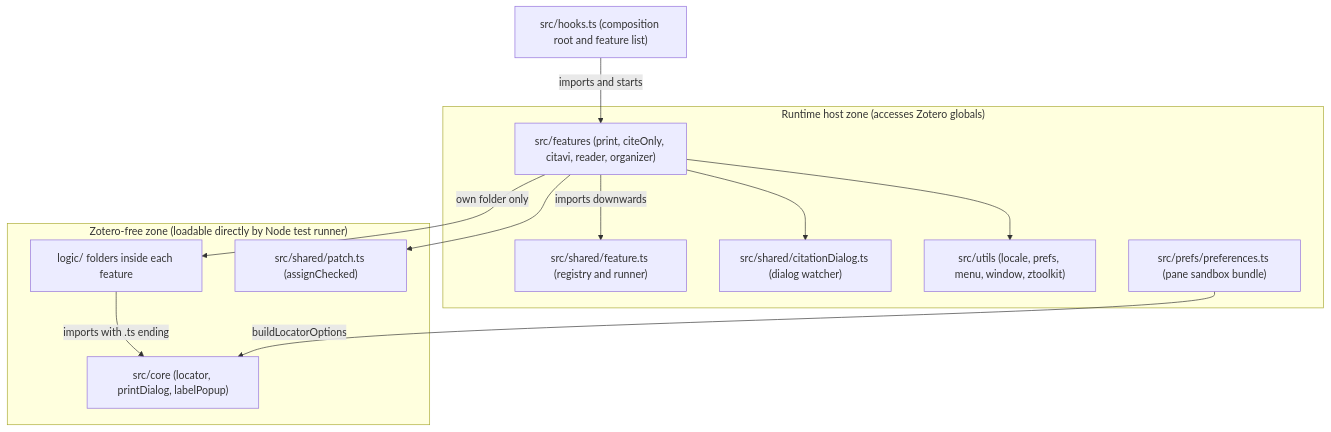
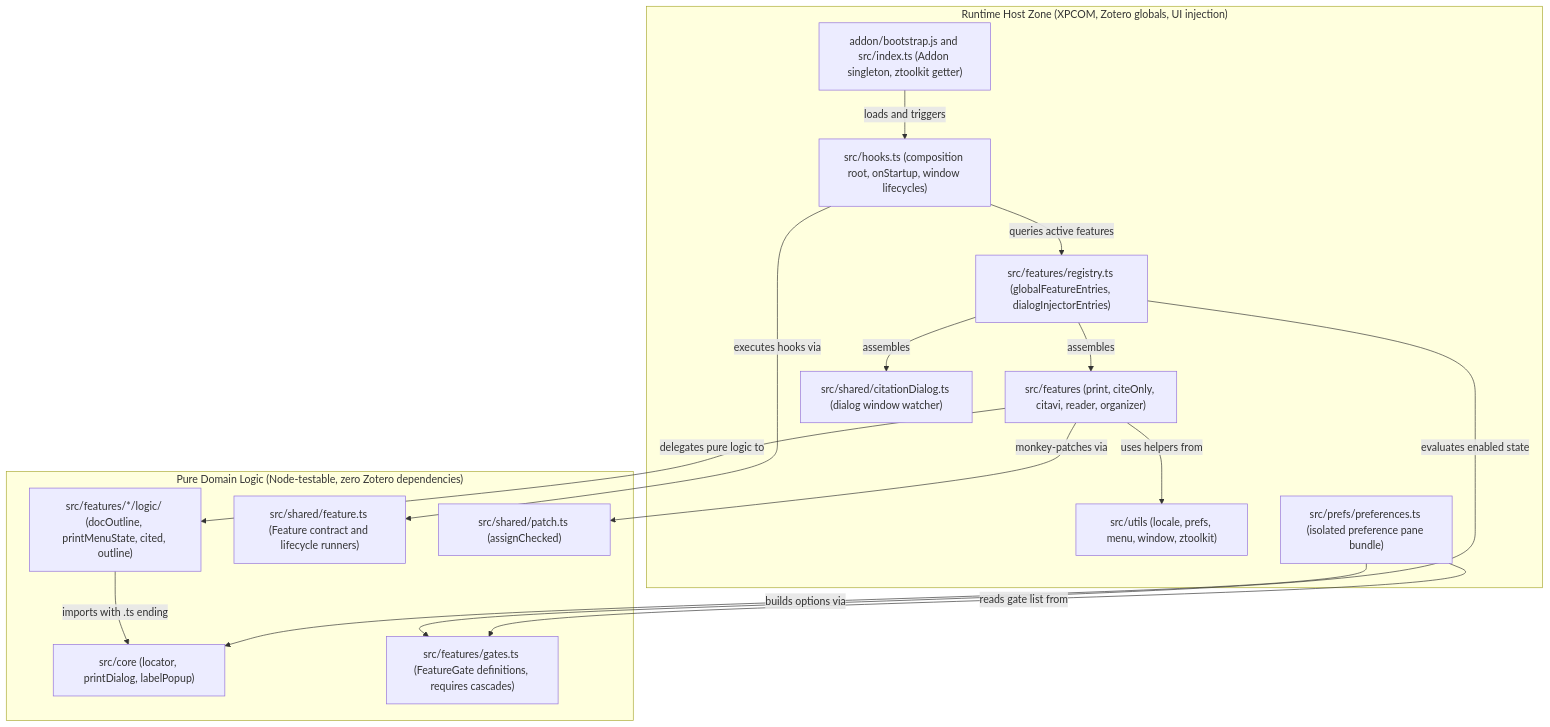
One commit to justanotherjurastudent/zotero_FlexAnnotate changed the first of 2 diagrams in openwiki/architecture/overview.md. Above: the diagram before and after it, drawn with Mermaid. The commit also changed other lines of this file and 38 other files, not shown here.

````diff
--- a/openwiki/architecture/overview.md
+++ b/openwiki/architecture/overview.md
@@ -85,23 +91,33 @@
 ```mermaid
 flowchart TD
-    subgraph pure["Zotero-free zone (loadable directly by Node test runner)"]
+    subgraph pure["Pure Domain Logic (Node-testable, zero Zotero dependencies)"]
         CORE["src/core (locator, printDialog, labelPopup)"]
-        LOGIC["logic/ folders inside each feature"]
-        PATCH["src/shared/patch.ts (assignChecked)"]
+        LOGIC["src/features/*/logic/ (docOutline, printMenuState, cited, outline)"]
+        GATES["src/features/gates.ts (FeatureGate definitions, requires cascades)"]
+        FEATURE_RUN["src/shared/feature.ts (Feature contract and lifecycle runners)"]
+        PATCH_UTIL["src/shared/patch.ts (assignChecked)"]
     end
-    subgraph host["Runtime host zone (accesses Zotero globals)"]
+
+    subgraph host["Runtime Host Zone (XPCOM, Zotero globals, UI injection)"]
+        REGISTRY["src/features/registry.ts (globalFeatureEntries, dialogInjectorEntries)"]
         FEAT["src/features (print, citeOnly, citavi, reader, organizer)"]
-        REG["src/shared/feature.ts (registry and runner)"]
-        WATCH["src/shared/citationDialog.ts (dialog watcher)"]
+        WATCH["src/shared/citationDialog.ts (dialog window watcher)"]
         UTILS["src/utils (locale, prefs, menu, window, ztoolkit)"]
-        PREFS["src/prefs/preferences.ts (pane sandbox bundle)"]
+        PREFS["src/prefs/preferences.ts (isolated preference pane bundle)"]
+        HOOKS["src/hooks.ts (composition root, onStartup, window lifecycles)"]
+        BOOTSTRAP["addon/bootstrap.js and src/index.ts (Addon singleton, ztoolkit getter)"]
     end
-    HOOKS["src/hooks.ts (composition root and feature list)"] -->|"imports and starts"| FEAT
-    FEAT -->|"imports downwards"| REG
-    FEAT --> WATCH
-    FEAT --> PATCH
-    FEAT --> UTILS
-    FEAT -->|"own folder only"| LOGIC
+
+    BOOTSTRAP -->|"loads and triggers"| HOOKS
+    HOOKS -->|"queries active features"| REGISTRY
+    REGISTRY -->|"evaluates enabled state"| GATES
+    REGISTRY -->|"assembles"| FEAT
+    REGISTRY -->|"assembles"| WATCH
+    HOOKS -->|"executes hooks via"| FEATURE_RUN
+    FEAT -->|"monkey-patches via"| PATCH_UTIL
+    FEAT -->|"delegates pure logic to"| LOGIC
+    FEAT -->|"uses helpers from"| UTILS
     LOGIC -->|"imports with .ts ending"| CORE
-    PREFS -->|"buildLocatorOptions"| CORE
+    PREFS -->|"builds options via"| CORE
+    PREFS -->|"reads gate list from"| GATES
 ```
````
